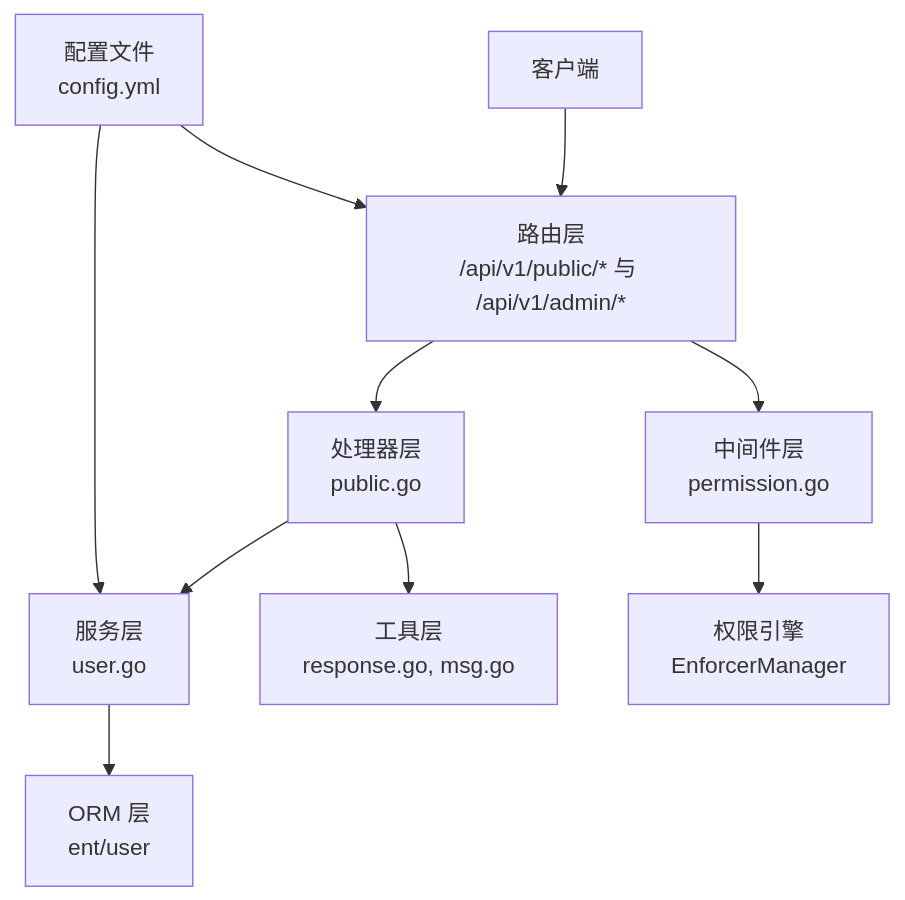
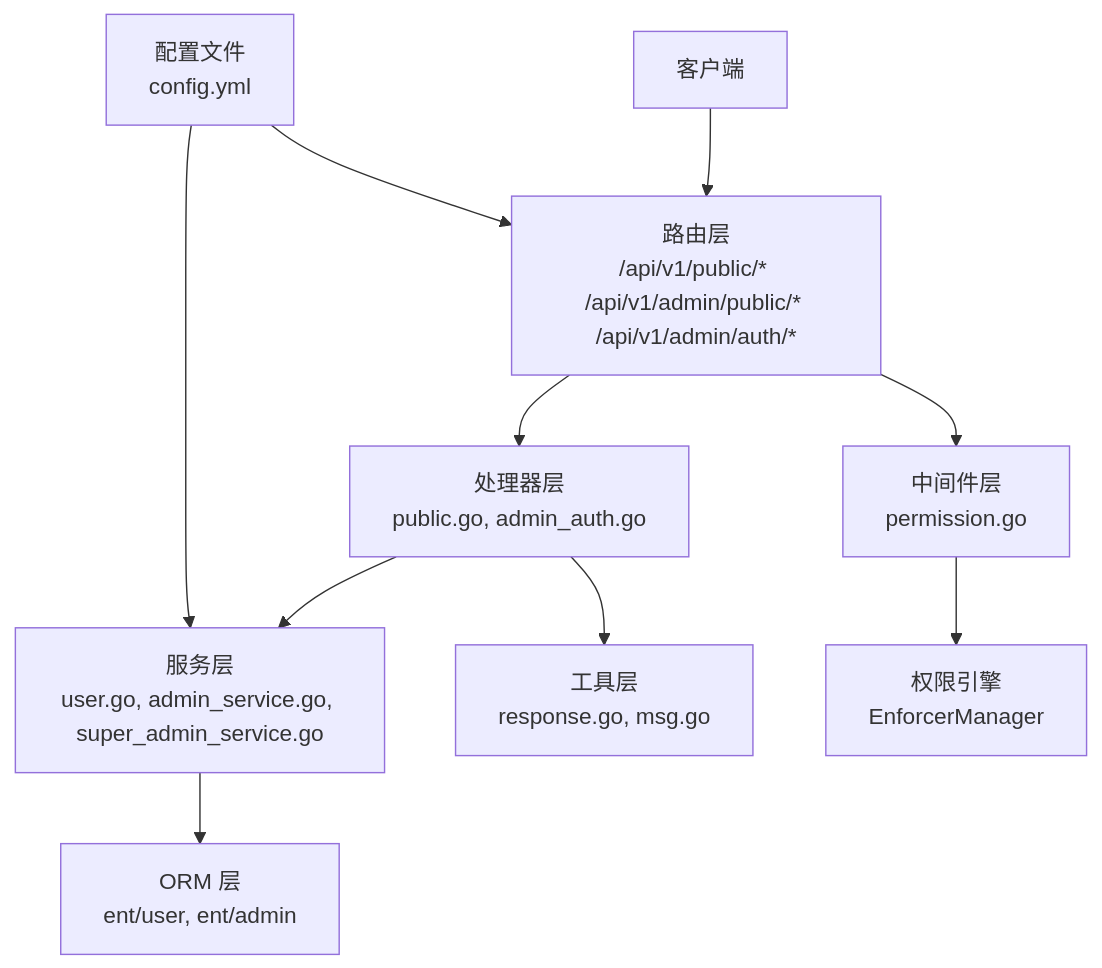
One commit to wuwuseo/e-sports-go-admin changed the first of 8 diagrams in .qoder/repowiki/zh/content/核心模块/用户认证模块.md. Above: the diagram before and after it, drawn with Mermaid. The commit also changed other lines of this file and 42 other files, not shown here.

````diff
--- a/.qoder/repowiki/zh/content/核心模块/用户认证模块.md
+++ b/.qoder/repowiki/zh/content/核心模块/用户认证模块.md
@@ -40,12 +43,12 @@
 ```mermaid
 graph TB
-Client["客户端"] --> Router["路由层<br/>/api/v1/public/* 与 /api/v1/admin/*"]
-Router --> Handler["处理器层<br/>public.go"]
-Handler --> Service["服务层<br/>user.go"]
-Service --> ORM["ORM 层<br/>ent/user"]
+Client["客户端"] --> Router["路由层<br/>/api/v1/public/* /api/v1/admin/public/* /api/v1/admin/auth/*"]
+Router --> Handler["处理器层<br/>public.go, admin_auth.go"]
+Handler --> Service["服务层<br/>user.go, admin_service.go, super_admin_service.go"]
+Service --> ORM["ORM 层<br/>ent/user, ent/admin"]
 Handler --> Utils["工具层<br/>response.go, msg.go"]
 Router --> Middleware["中间件层<br/>permission.go"]
 Middleware --> Casbin["权限引擎<br/>EnforcerManager"]
 Config["配置文件<br/>config.yml"] --> Service
 Config --> Router
 ```
````
